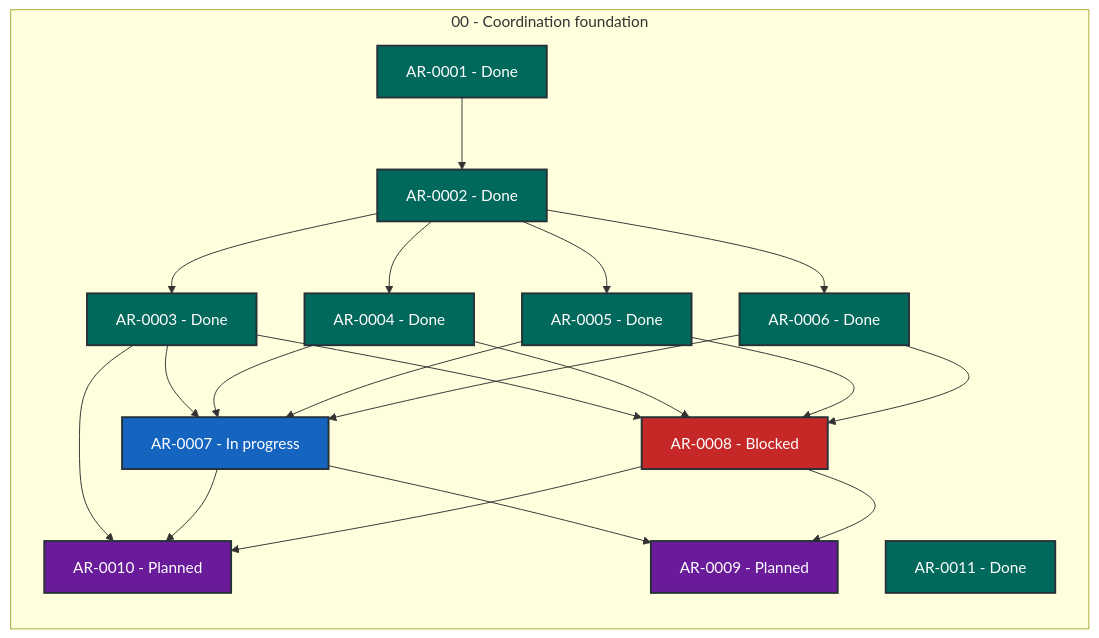
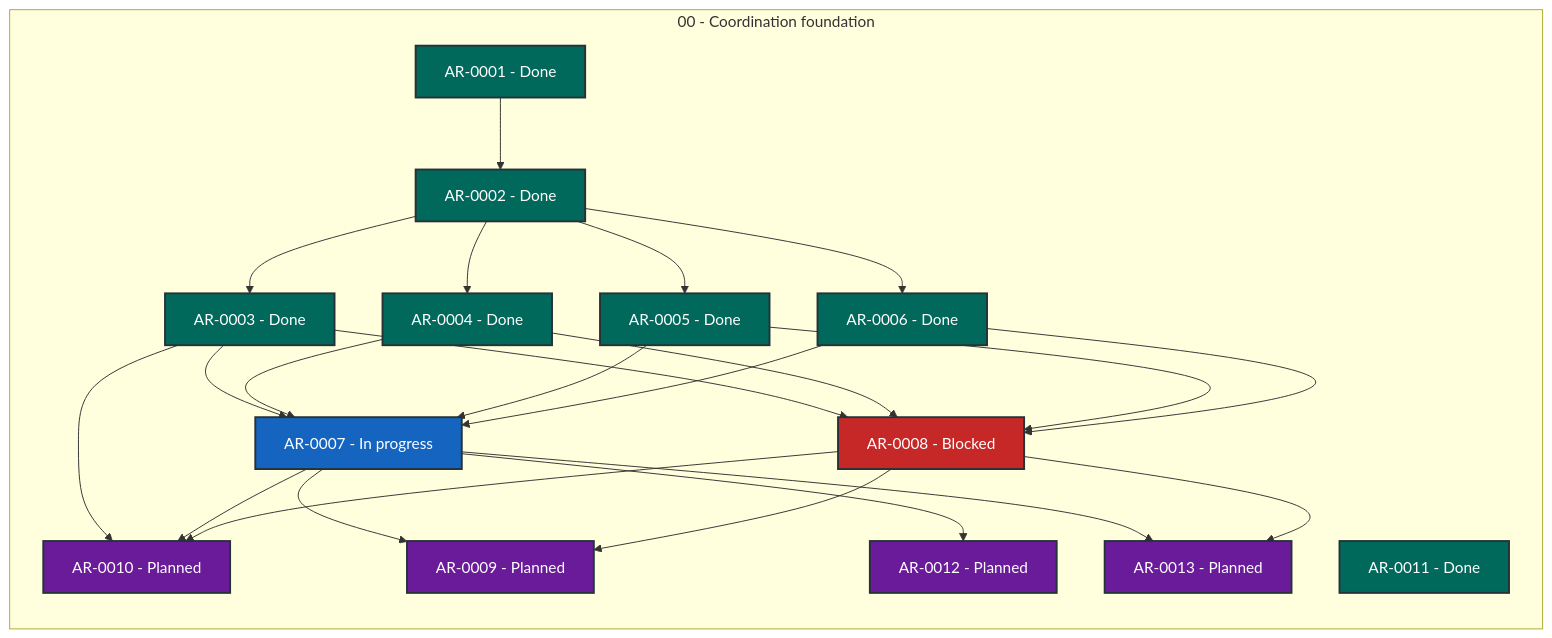
The diagram in STATUS.md (martin-beck/agent-workflow-coordinator-state), drawn with Mermaid before and after one commit. The commit also changed other lines of this file and 1 other file, not shown here.

````diff
--- a/STATUS.md
+++ b/STATUS.md
@@ -27,43 +27,48 @@
 ```mermaid
 flowchart LR
     subgraph series_00["00 - Coordination foundation"]
         direction TB
         AR_0001["AR-0001 - Done"]:::status_done
         AR_0002["AR-0002 - Done"]:::status_done
         AR_0003["AR-0003 - Done"]:::status_done
         AR_0004["AR-0004 - Done"]:::status_done
         AR_0005["AR-0005 - Done"]:::status_done
         AR_0006["AR-0006 - Done"]:::status_done
         AR_0007["AR-0007 - In progress"]:::status_in_progress
         AR_0008["AR-0008 - Blocked"]:::status_blocked
         AR_0009["AR-0009 - Planned"]:::status_planned
         AR_0010["AR-0010 - Planned"]:::status_planned
         AR_0011["AR-0011 - Done"]:::status_done
+        AR_0012["AR-0012 - Planned"]:::status_planned
+        AR_0013["AR-0013 - Planned"]:::status_planned
     end
     AR_0001 --> AR_0002
     AR_0002 --> AR_0003
     AR_0002 --> AR_0004
     AR_0002 --> AR_0005
     AR_0002 --> AR_0006
     AR_0003 --> AR_0007
     AR_0003 --> AR_0008
     AR_0003 --> AR_0010
     AR_0004 --> AR_0007
     AR_0004 --> AR_0008
     AR_0005 --> AR_0007
     AR_0005 --> AR_0008
     AR_0006 --> AR_0007
     AR_0006 --> AR_0008
     AR_0007 --> AR_0009
     AR_0007 --> AR_0010
+    AR_0007 --> AR_0012
+    AR_0007 --> AR_0013
     AR_0008 --> AR_0009
     AR_0008 --> AR_0010
+    AR_0008 --> AR_0013
     classDef status_in_progress fill:#1565c0,color:#ffffff,stroke:#263238,stroke-width:2px
     classDef status_open fill:#2e7d32,color:#ffffff,stroke:#263238,stroke-width:2px
     classDef status_blocked fill:#c62828,color:#ffffff,stroke:#263238,stroke-width:2px
     classDef status_planned fill:#6a1b9a,color:#ffffff,stroke:#263238,stroke-width:2px
     classDef status_future fill:#455a64,color:#ffffff,stroke:#263238,stroke-width:2px
     classDef status_done fill:#00695c,color:#ffffff,stroke:#263238,stroke-width:2px
     classDef status_cancelled fill:#616161,color:#ffffff,stroke:#263238,stroke-width:2px
     classDef status_superseded fill:#5d4037,color:#ffffff,stroke:#263238,stroke-width:2px
 ```
````
